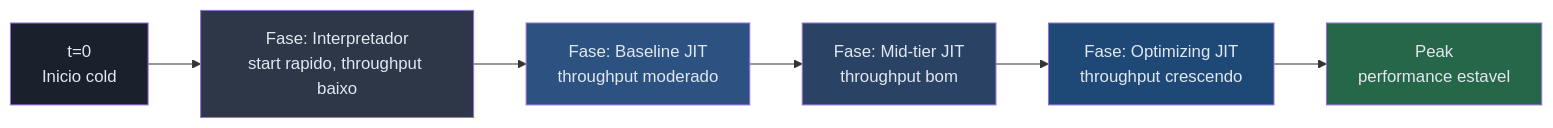
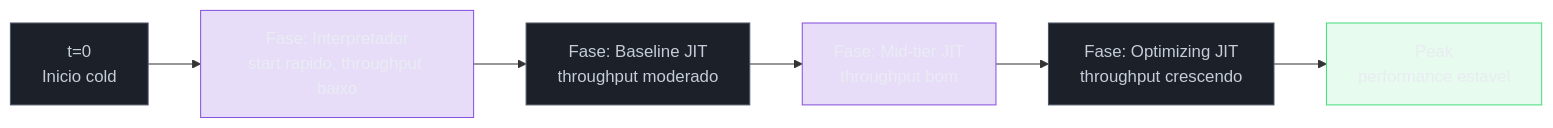
One commit to josenaldo/codex-technomanticus changed the fifth of 5 diagrams in 03-Dominios/Ciência/Compiladores e Linguagens/17 - JIT a fundo.md. Above: the diagram before and after it, drawn with Mermaid. The commit also changed other lines of this file and 1181 other files, not shown here.

First line of the commit message:
fix(diagramas): paleta do sistema no lugar de cor cravada no markdown

````diff
--- a/03-Dominios/Ciência/Compiladores e Linguagens/17 - JIT a fundo.md
+++ b/03-Dominios/Ciência/Compiladores e Linguagens/17 - JIT a fundo.md
@@ -280,15 +287,18 @@
 ```mermaid
 flowchart LR
+    classDef neutro fill:#1B2029,stroke:#4E5666,color:#C6CCD8
+    classDef marca fill:#8855DF33,stroke:#8855DF,color:#E9ECF2
+    classDef ok fill:#4ADE8021,stroke:#4ADE80,color:#E9ECF2
     A["t=0\nInicio cold"] --> B["Fase: Interpretador\nstart rapido, throughput baixo"]
     B --> C["Fase: Baseline JIT\nthroughput moderado"]
     C --> D["Fase: Mid-tier JIT\nthroughput bom"]
     D --> E["Fase: Optimizing JIT\nthroughput crescendo"]
     E --> F["Peak\nperformance estavel"]
 
-    style A fill:#1a202c,color:#e2e8f0
-    style B fill:#2d3748,color:#e2e8f0
-    style C fill:#2c5282,color:#e2e8f0
-    style D fill:#2a4365,color:#e2e8f0
-    style E fill:#1e4976,color:#e2e8f0
-    style F fill:#276749,color:#e2e8f0
+    class A neutro
+    class B marca
+    class C neutro
+    class D marca
+    class E neutro
+    class F ok
 ```
````
